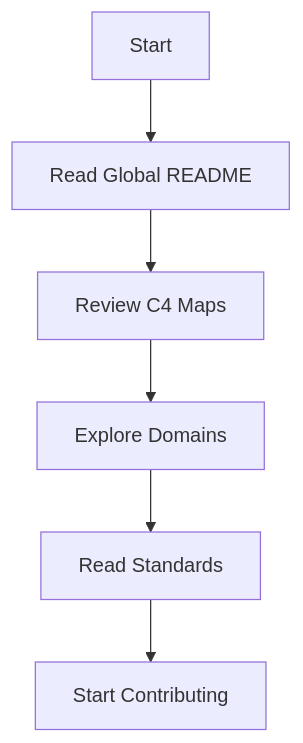
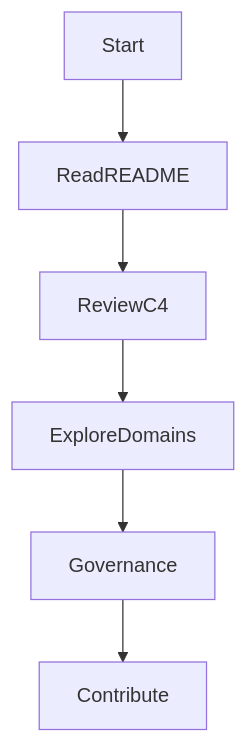
One commit to STARONE-INFOTECH/starone-galaxy-architecture changed the fourth of 6 diagrams in README.md. Above: the diagram before and after it, drawn with Mermaid. The commit also changed other lines of this file and 30 other files, not shown here.

Commit message:
feat(repo): bootstrap StarOne Galaxy architecture repository structure(Closes #5)

````diff
--- a/README.md
+++ b/README.md
@@ -407,11 +301,9 @@
 ```mermaid
 flowchart TD
 
-Start[Start]
-
-Start --> ReadREADME[Read Global README]
-ReadREADME --> ReviewC4[Review C4 Maps]
-ReviewC4 --> ExploreDomains[Explore Domains]
-ExploreDomains --> Governance[Read Standards]
-Governance --> Contribute[Start Contributing]
+Start --> ReadREADME
+ReadREADME --> ReviewC4
+ReviewC4 --> ExploreDomains
+ExploreDomains --> Governance
+Governance --> Contribute
 ```
````
